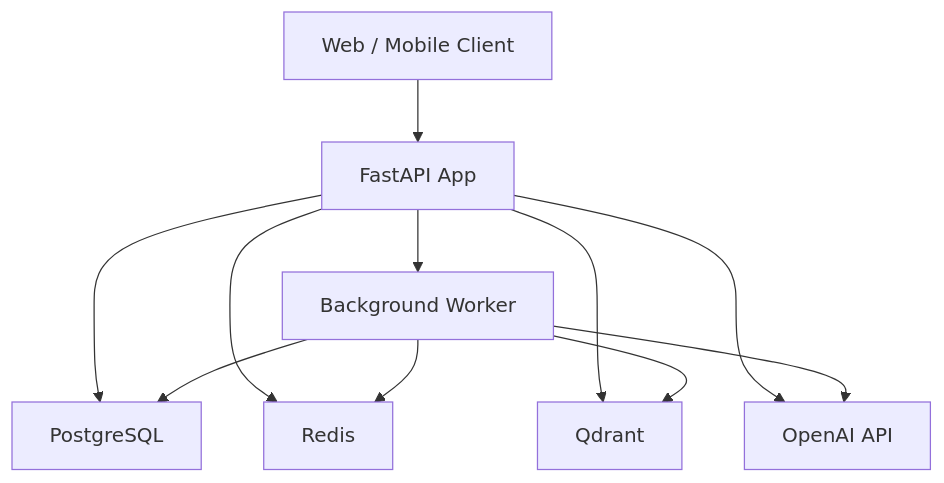
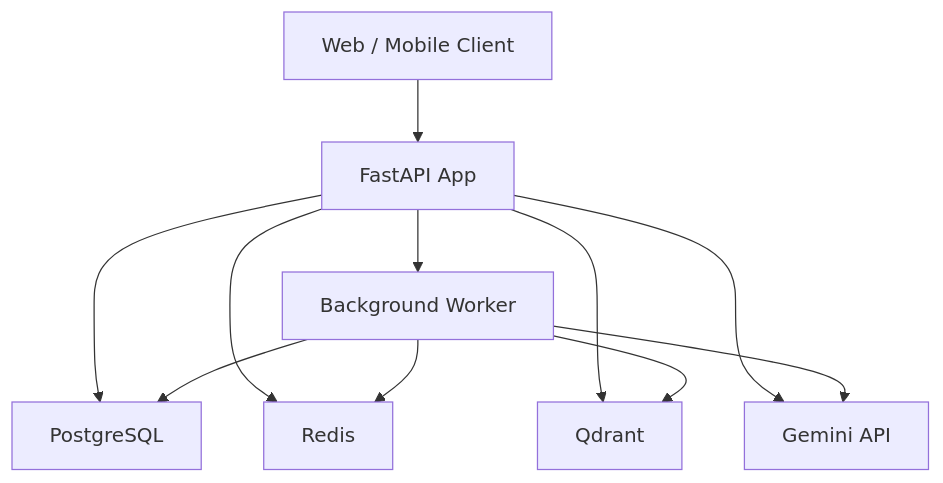
The sixth of 6 diagrams in docs/ARCHITECTURE.md (dk5488/AI-University), drawn with Mermaid before and after one commit. The commit also changed other lines of this file and 17 other files, not shown here.

Commit message:
B-01: OpenAI API to gemini migration

````diff
--- a/docs/ARCHITECTURE.md
+++ b/docs/ARCHITECTURE.md
@@ -222,13 +222,13 @@
 ```mermaid
 flowchart TD
     Client["Web / Mobile Client"] --> Backend["FastAPI App"]
     Backend --> Worker["Background Worker"]
     Backend --> Postgres["PostgreSQL"]
     Backend --> Redis["Redis"]
     Backend --> Qdrant["Qdrant"]
-    Backend --> OpenAI["OpenAI API"]
+    Backend --> Gemini["Gemini API"]
     Worker --> Postgres
     Worker --> Redis
     Worker --> Qdrant
-    Worker --> OpenAI
+    Worker --> Gemini
 ```
````
